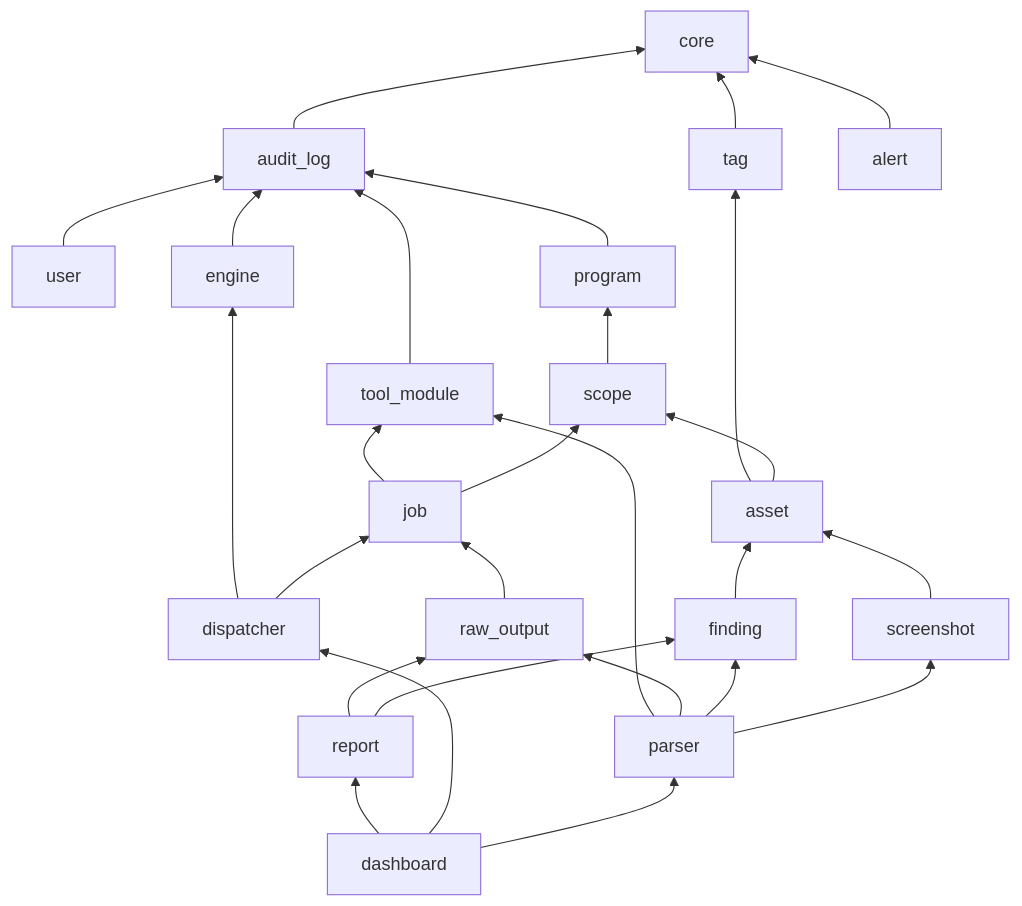
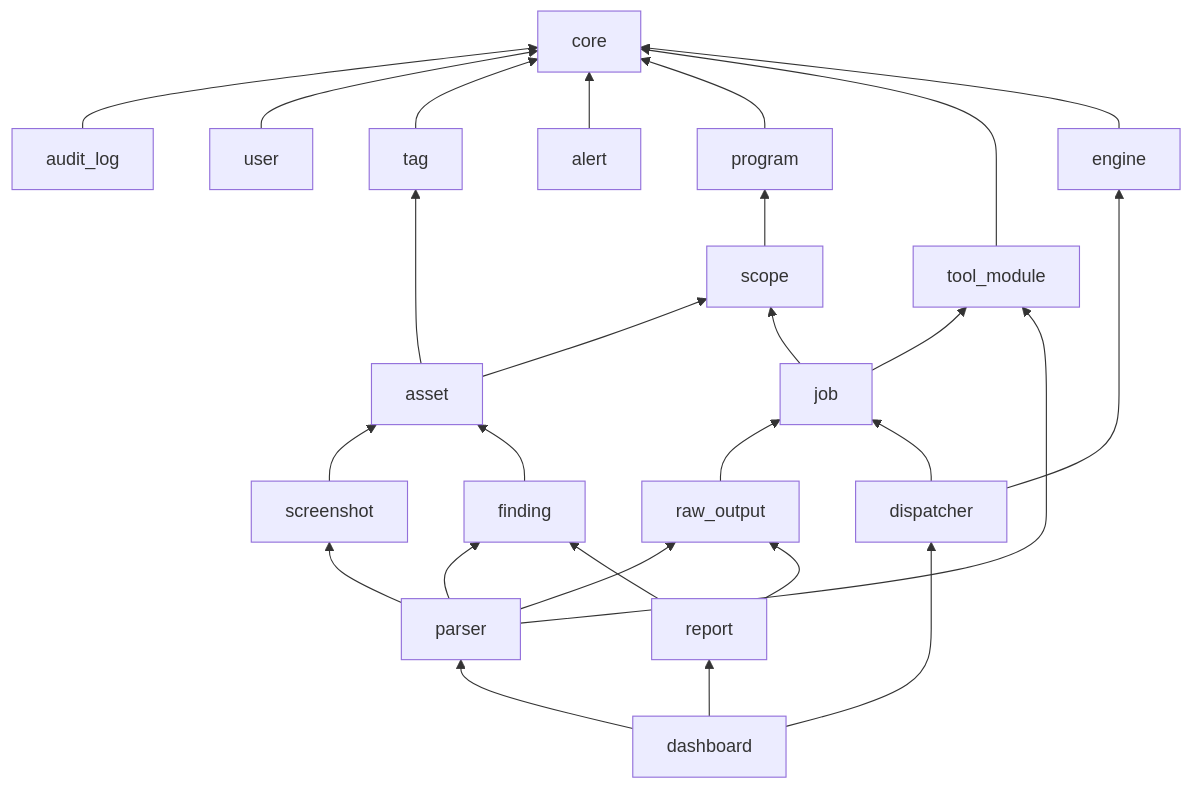
The second of 2 diagrams in docs/architecture/dependency-graph.md (memay-haha/ReconOS), drawn with Mermaid before and after one commit. The commit also changed other lines of this file and 12 other files, not shown here.

````diff
--- a/docs/architecture/dependency-graph.md
+++ b/docs/architecture/dependency-graph.md
@@ -63,30 +63,30 @@
 ```mermaid
 flowchart BT
     core["core"]
     audit["audit_log"] --> core
-    user["user"] --> audit
+    user["user"] --> core
     tag["tag"] --> core
     alert["alert"] --> core
-    program["program"] --> audit
-    tool["tool_module"] --> audit
-    engine["engine"] --> audit
+    program["program"] --> core
+    tool["tool_module"] --> core
+    engine["engine"] --> core
     scope["scope"] --> program
     asset["asset"] --> scope
     asset --> tag
     job["job"] --> scope
     job --> tool
     raw["raw_output"] --> job
     screenshot["screenshot"] --> asset
     finding["finding"] --> asset
     parser["parser"] --> screenshot
     parser --> finding
     parser --> raw
     parser --> tool
     dispatcher["dispatcher"] --> job
     dispatcher --> engine
     report["report"] --> finding
     report --> raw
     dashboard["dashboard"] --> parser
     dashboard --> dispatcher
     dashboard --> report
 ```
````
